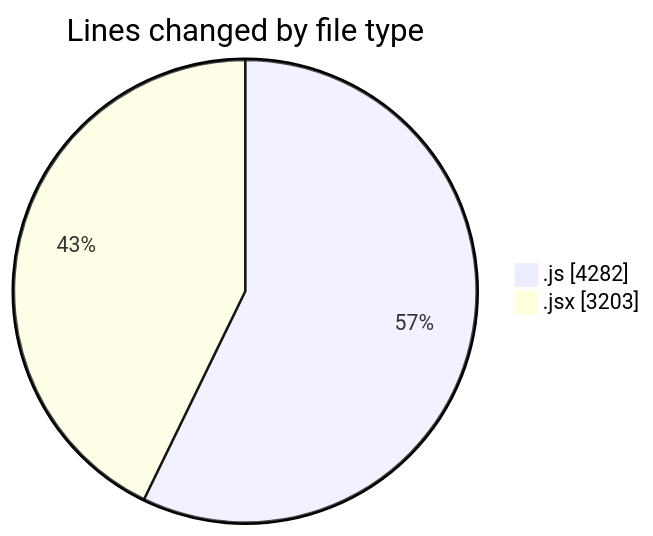
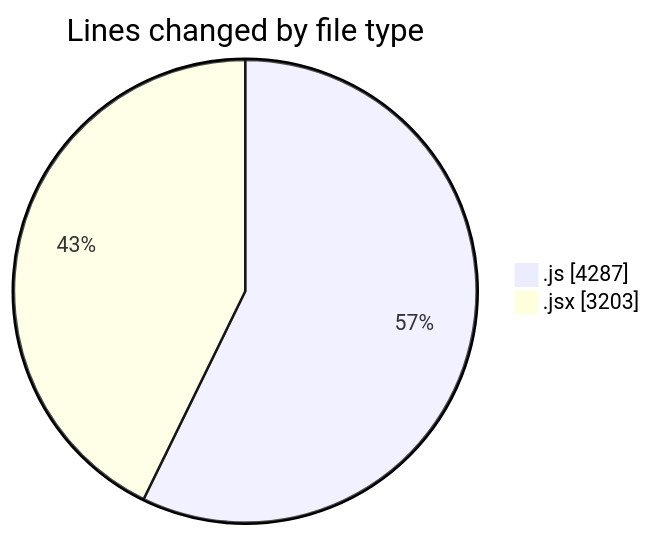
One commit to nxtqubesakshisongat/code-tracking changed the first of 2 diagrams in 2025-12-29/nxtqube_webapp/README.md. Above: the diagram before and after it, drawn with Mermaid. The commit also changed other lines of this file and 1 other file, not shown here.

````diff
--- a/2025-12-29/nxtqube_webapp/README.md
+++ b/2025-12-29/nxtqube_webapp/README.md
@@ -24,6 +24,6 @@
 ```mermaid
 pie showData
 title Lines changed by file type
-".js" : 4282
+".js" : 4287
 ".jsx" : 3203
 ```
````
